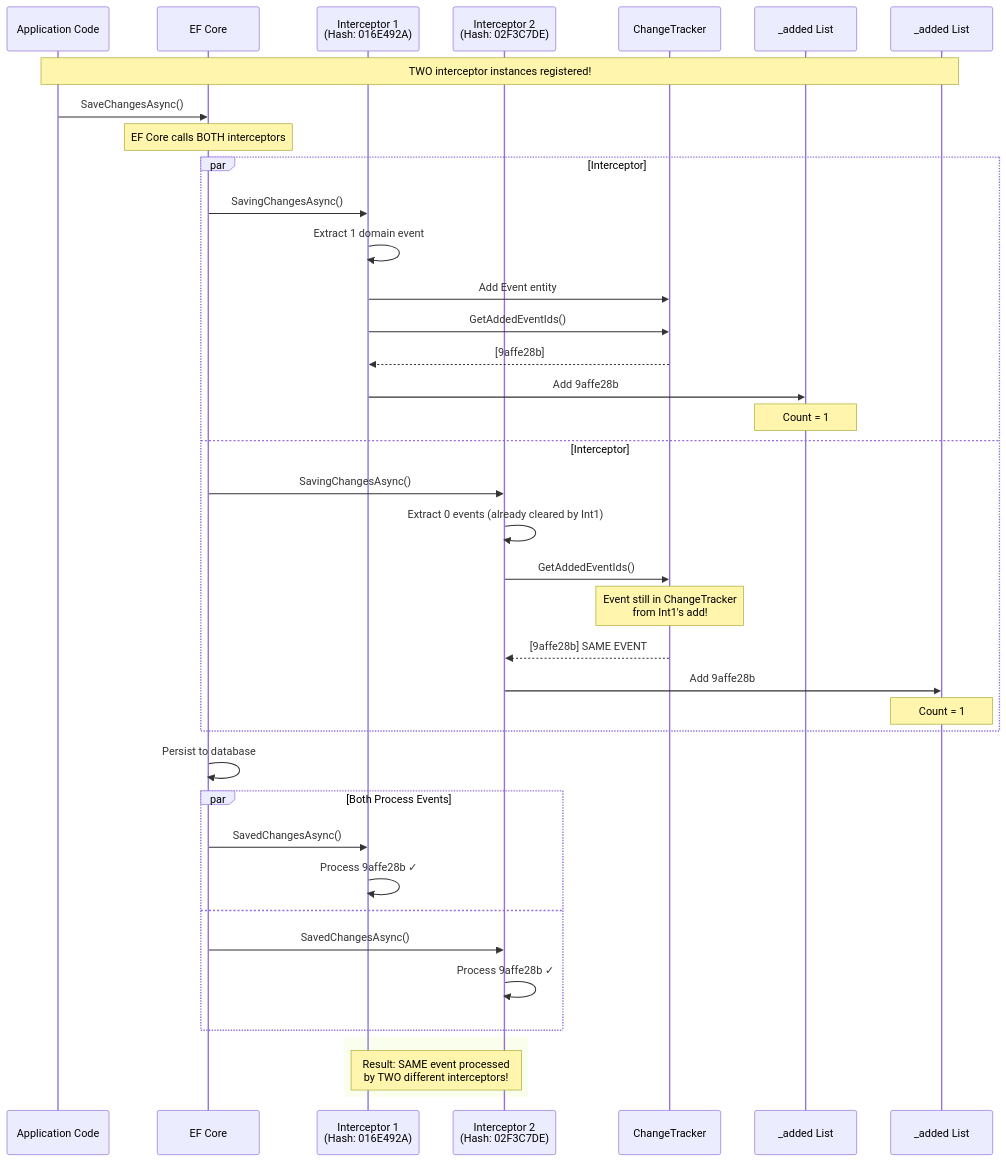
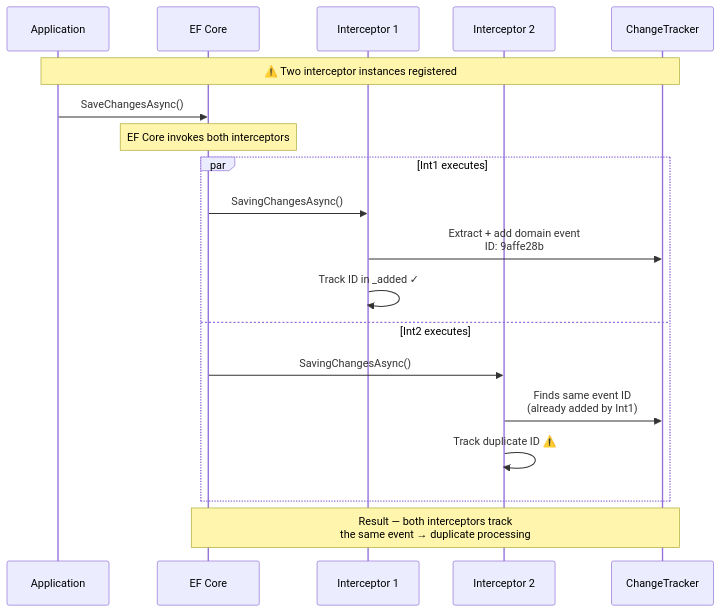
The fourth of 6 diagrams in astro-portfolio/src/data/blog/_2025/debugging-duplicate-event-processing.md (harveylx/portfolio-website), drawn with Mermaid before and after one commit. The commit also changed other lines of this file, not shown here.

Commit message:
Remove mermaid diagrams related to hypothesis testing and interceptor discovery from the debugging blog post, updated other diagrams and broke them apart

````diff
--- a/astro-portfolio/src/data/blog/_2025/debugging-duplicate-event-processing.md
+++ b/astro-portfolio/src/data/blog/_2025/debugging-duplicate-event-processing.md
@@ -548,48 +476,25 @@
 ```mermaid
 sequenceDiagram
-    participant App as Application Code
+    participant App as Application
     participant EF as EF Core
-    participant Int1 as Interceptor 1<br />(Hash: 016E492A)
-    participant Int2 as Interceptor 2<br />(Hash: 02F3C7DE)
+    participant Int1 as Interceptor 1
+    participant Int2 as Interceptor 2
     participant CT as ChangeTracker
-    participant List1 as _added List #1
-    participant List2 as _added List #2
 
-    Note over App,List2: TWO interceptor instances registered!
+    Note over App,CT: ⚠️ Two interceptor instances registered
 
     App->>EF: SaveChangesAsync()
+    Note over EF: EF Core invokes both interceptors
 
-    Note over EF: EF Core calls BOTH interceptors
-
-    par Interceptor #1 Executes
+    par Int1 executes
         EF->>Int1: SavingChangesAsync()
-        Int1->>Int1: Extract 1 domain event
-        Int1->>CT: Add Event entity
-        Int1->>CT: GetAddedEventIds()
-        CT-->>Int1: [9affe28b]
-        Int1->>List1: Add 9affe28b
-        Note over List1: Count = 1
-    and Interceptor #2 Executes
+        Int1->>CT: Extract + add domain event<br/>ID: 9affe28b
+        Int1->>Int1: Track ID in _added ✓
+    and Int2 executes
         EF->>Int2: SavingChangesAsync()
-        Int2->>Int2: Extract 0 events (already cleared by Int1)
-        Int2->>CT: GetAddedEventIds()
-        Note over CT: Event still in ChangeTracker<br/>from Int1's add!
-        CT-->>Int2: [9affe28b] SAME EVENT
-        Int2->>List2: Add 9affe28b
-        Note over List2: Count = 1
+        Int2->>CT: Finds same event ID<br/>(already added by Int1)
+        Int2->>Int2: Track duplicate ID ⚠️
     end
 
-    EF->>EF: Persist to database
-
-    par Both Process Events
-        EF->>Int1: SavedChangesAsync()
-        Int1->>Int1: Process 9affe28b ✓
-    and
-        EF->>Int2: SavedChangesAsync()
-        Int2->>Int2: Process 9affe28b ✓
-    end
-
-    rect
-        Note over Int1,Int2: Result: SAME event processed<br/>by TWO different interceptors!
-    end
+    Note over EF,CT: Result — both interceptors track<br/>the same event → duplicate processing
 ```
````
